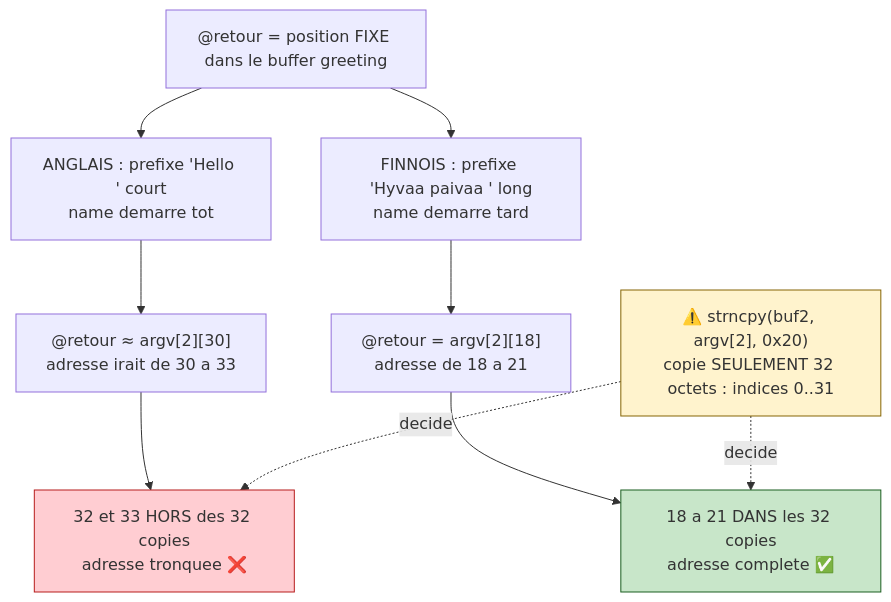
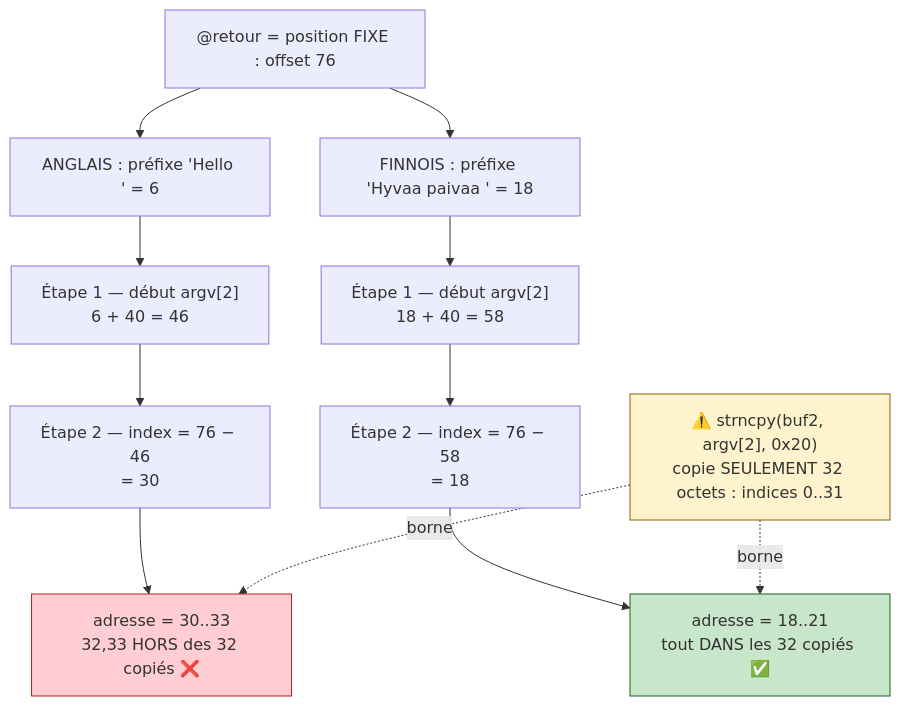
The second of 2 diagrams in bonus2/walkthrough.md (ft-Monolith/Rainfall), drawn with Mermaid before and after one commit. The commit also changed other lines of this file and 5 other files, not shown here.

````diff
--- a/bonus2/walkthrough.md
+++ b/bonus2/walkthrough.md
@@ -87,23 +130,24 @@
 ```mermaid
 flowchart TD
-    FIX["@retour = position FIXE dans le buffer greeting"]
-    FIX --> EN1
-    FIX --> FI1
+    FIX["@retour = position FIXE : offset 76"]
 
-    EN1["ANGLAIS : prefixe 'Hello ' court<br/>name demarre tot"]
-    FI1["FINNOIS : prefixe 'Hyvaa paivaa ' long<br/>name demarre tard"]
+    FIX --> EN0["ANGLAIS : préfixe 'Hello ' = 6"]
+    FIX --> FI0["FINNOIS : préfixe 'Hyvaa paivaa ' = 18"]
 
-    EN1 --> EN2["@retour ≈ argv[2][30]<br/>adresse irait de 30 a 33"]
-    FI1 --> FI2["@retour = argv[2][18]<br/>adresse de 18 a 21"]
+    EN0 --> EN1["Étape 1 — début argv[2]<br/>6 + 40 = 46"]
+    FI0 --> FI1["Étape 1 — début argv[2]<br/>18 + 40 = 58"]
 
-    EN2 --> EN3["32 et 33 HORS des 32 copies<br/>adresse tronquee ❌"]
-    FI2 --> FI3["18 a 21 DANS les 32 copies<br/>adresse complete ✅"]
+    EN1 --> EN2["Étape 2 — index = 76 − 46<br/>= 30"]
+    FI1 --> FI2["Étape 2 — index = 76 − 58<br/>= 18"]
+
+    EN2 --> EN3["adresse = 30..33<br/>32,33 HORS des 32 copiés ❌"]
+    FI2 --> FI3["adresse = 18..21<br/>tout DANS les 32 copiés ✅"]
 
     LIM["⚠️ strncpy(buf2, argv[2], 0x20)<br/>copie SEULEMENT 32 octets : indices 0..31"]
-    LIM -.decide.-> EN3
-    LIM -.decide.-> FI3
+    LIM -.borne.-> EN3
+    LIM -.borne.-> FI3
 
     style EN3 fill:#ffcdd2,stroke:#b71c1c
     style FI3 fill:#c8e6c9,stroke:#1b5e20
     style LIM fill:#fff3cd,stroke:#856404
 ```
````
